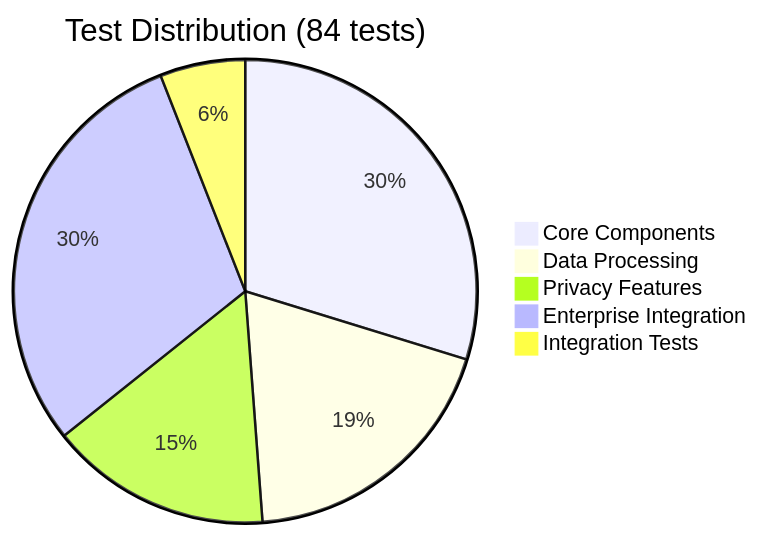
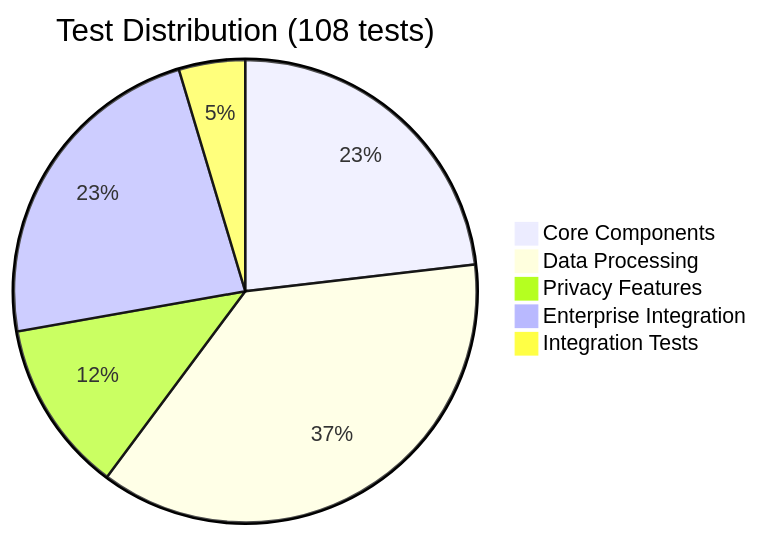
One commit to gustcol/spark-anon changed diagram 19 of 22 in README.md. Above: the diagram before and after it, drawn with Mermaid. The commit also changed other lines of this file and 2 other files, not shown here.

````diff
--- a/README.md
+++ b/README.md
@@ -2006,8 +2235,8 @@
 ```mermaid
-pie title Test Distribution (84 tests)
+pie title Test Distribution (108 tests)
     "Core Components" : 25
-    "Data Processing" : 16
+    "Data Processing" : 40
     "Privacy Features" : 13
     "Enterprise Integration" : 25
     "Integration Tests" : 5
 ```
````
